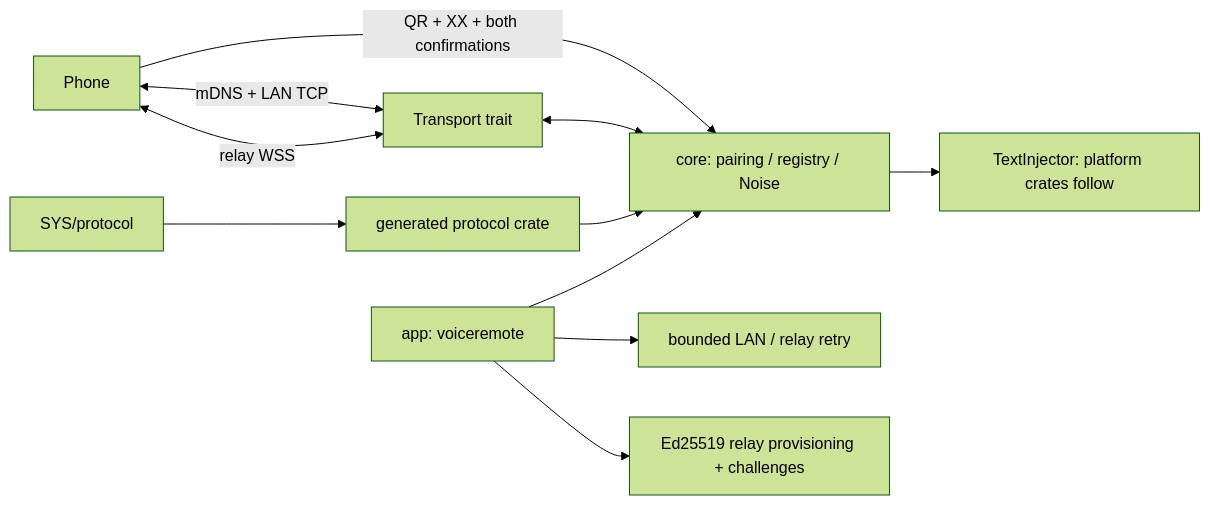
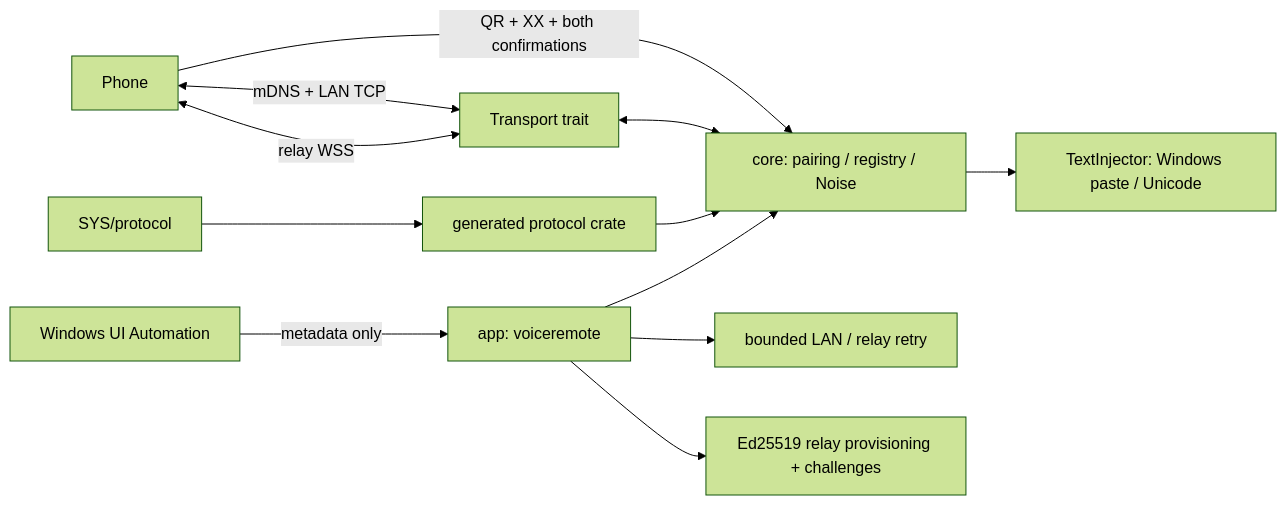
One commit to Harwasch/voiceremote changed the diagram in SW/desktop/README.md. Above: the diagram before and after it, drawn with Mermaid (forest theme). The commit also changed other lines of this file and 25 other files, not shown here.

Commit message:
SW: Windows text injection and focus report

````diff
--- a/SW/desktop/README.md
+++ b/SW/desktop/README.md
@@ -1,12 +1,13 @@
 ```mermaid
 flowchart LR
     Phone -->|QR + XX + both confirmations| Core[core: pairing / registry / Noise]
     Phone <-->|mDNS + LAN TCP| Transport[Transport trait]
     Phone <-->|relay WSS| Transport
     Transport <--> Core
     Schema[SYS/protocol] --> Protocol[generated protocol crate] --> Core
     CLI[app: voiceremote] --> Core
     CLI --> Supervisor[bounded LAN / relay retry]
     CLI --> Auth[Ed25519 relay provisioning + challenges]
-    Core --> Injector[TextInjector: platform crates follow]
+    Core --> Injector[TextInjector: Windows paste / Unicode]
+    Windows[Windows UI Automation] -->|metadata only| CLI
 ```
````
